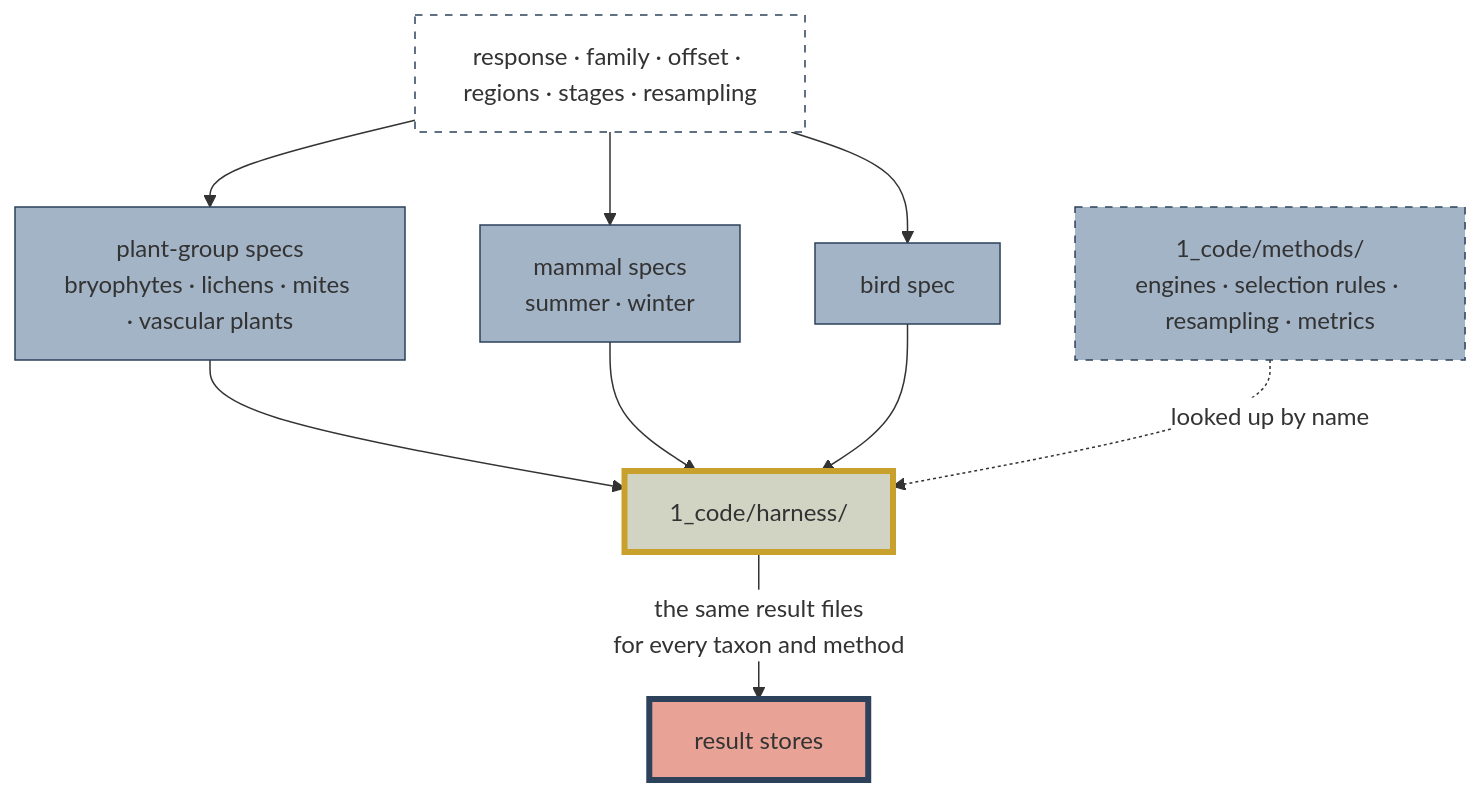
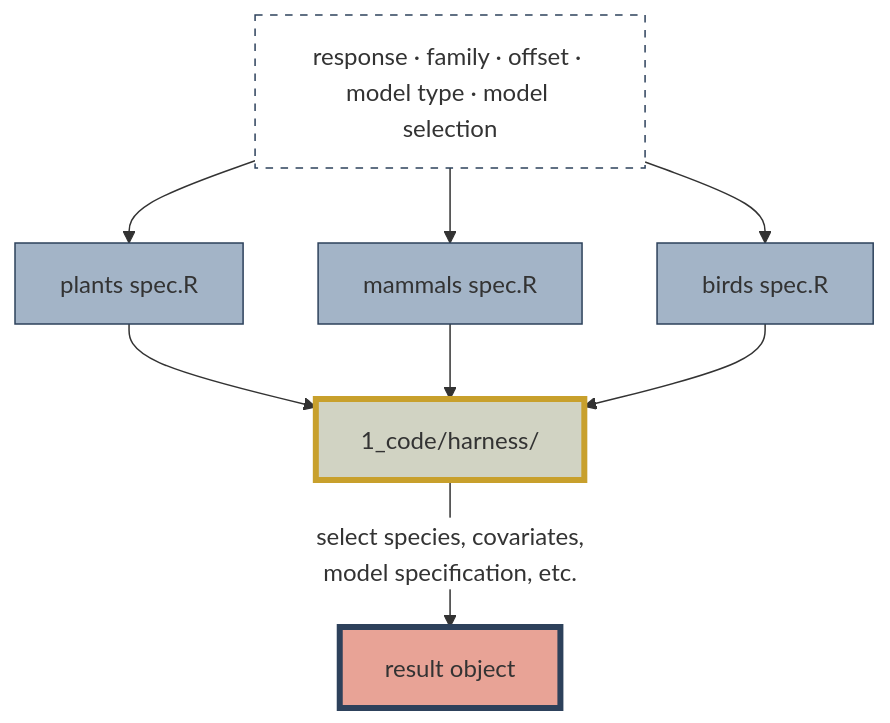
Before and after one commit to ABbiodiversity/sdmMethodsDev: the first of 2 diagrams in README.md, drawn with Mermaid.

Commit message:
Update flowchart parameters in README.md

````diff
--- a/README.md
+++ b/README.md
@@ -77,40 +77,37 @@
 ```mermaid
 %% ----------------------------
 %% Taxon as configuration, not codebase
 %% ----------------------------
 %%{init: {
   "look": "classic",
   "themeVariables": {"edgeLabelBackground": "#ffffff"},
   "themeCSS": ".node rect, .node polygon, .node circle, .node path, .edgeLabel, .label-container { filter: none !important; box-shadow: none !important; }"
 }}%%
 flowchart TD
 
-    PARAM["response · family · offset · regions · stages · resampling"]
-    PARAM --> SP["plant-group specs<br/>bryophytes · lichens · mites · vascular plants"]
-    PARAM --> SM["mammal specs<br/>summer · winter"]
-    PARAM --> SB["bird spec"]
+    PARAM["response · family · offset · model type · model selection"]
+    PARAM --> SP["plants spec.R"]
+    PARAM --> SM["mammals spec.R"]
+    PARAM --> SB["birds spec.R"]
     SP --> H["1_code/harness/"]
     SM --> H
     SB --> H
-    MT["1_code/methods/<br/>engines · selection rules · resampling · metrics"]
-    MT -.->|"looked up by name"| H
-    H -->|"the same result files<br/>for every taxon and method"| R["result stores"]
+    H -->|"select species, covariates,<br/>model specification, etc."| R["result object"]
 
     %% ----------------------------
     %% Styles
     %% ----------------------------
 
     %% Connection lines
     linkStyle default stroke-width:1px
 
     %% Configuration
     style PARAM fill:#ffffff,stroke:#2D415B,stroke-width:1px,stroke-dasharray: 5 5
     style SP fill:#A3B4C7,stroke:#2D415B,stroke-width:1px
     style SM fill:#A3B4C7,stroke:#2D415B,stroke-width:1px
     style SB fill:#A3B4C7,stroke:#2D415B,stroke-width:1px
-    style MT fill:#A3B4C7,stroke:#2D415B,stroke-width:1px,stroke-dasharray: 5 5
 
     %% Shared pipeline
     style H fill:#A4A88780,stroke:#C8A02C,stroke-width:4px
     style R fill:#E8A396,stroke:#2D415B,stroke-width:4px
 ```
````
